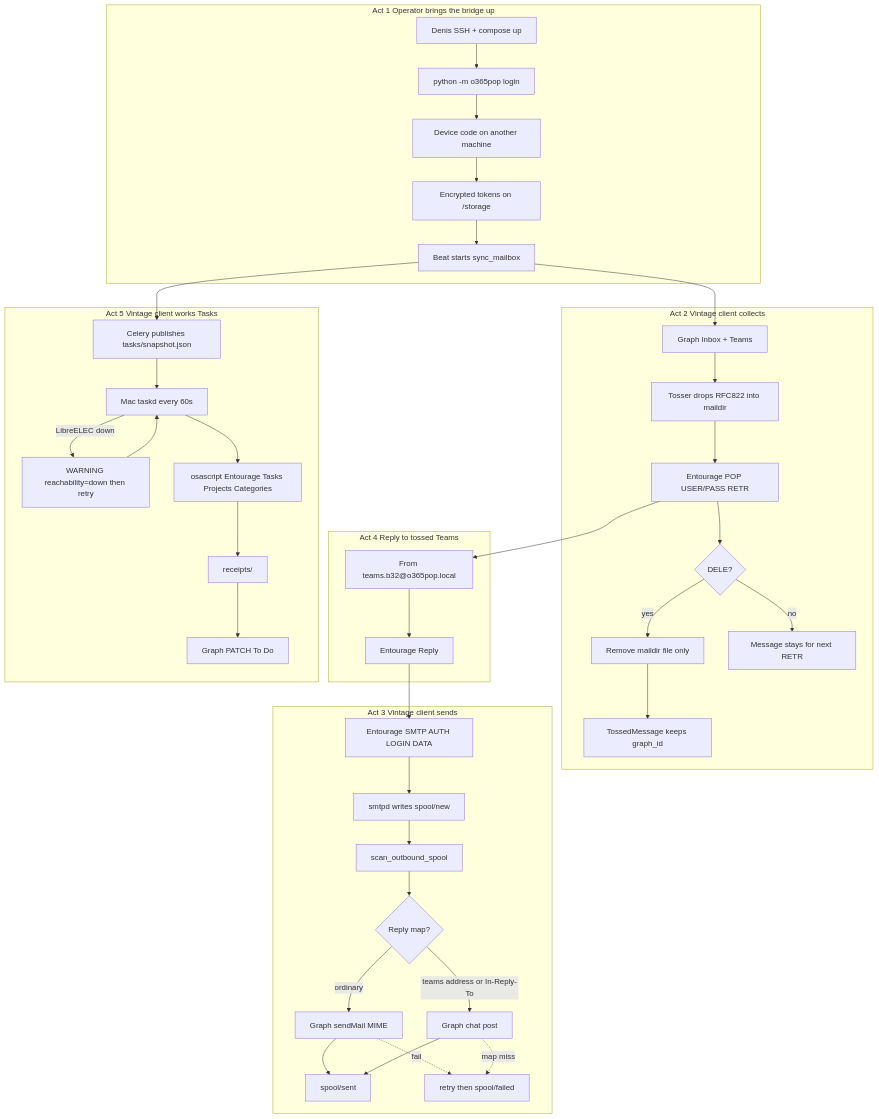
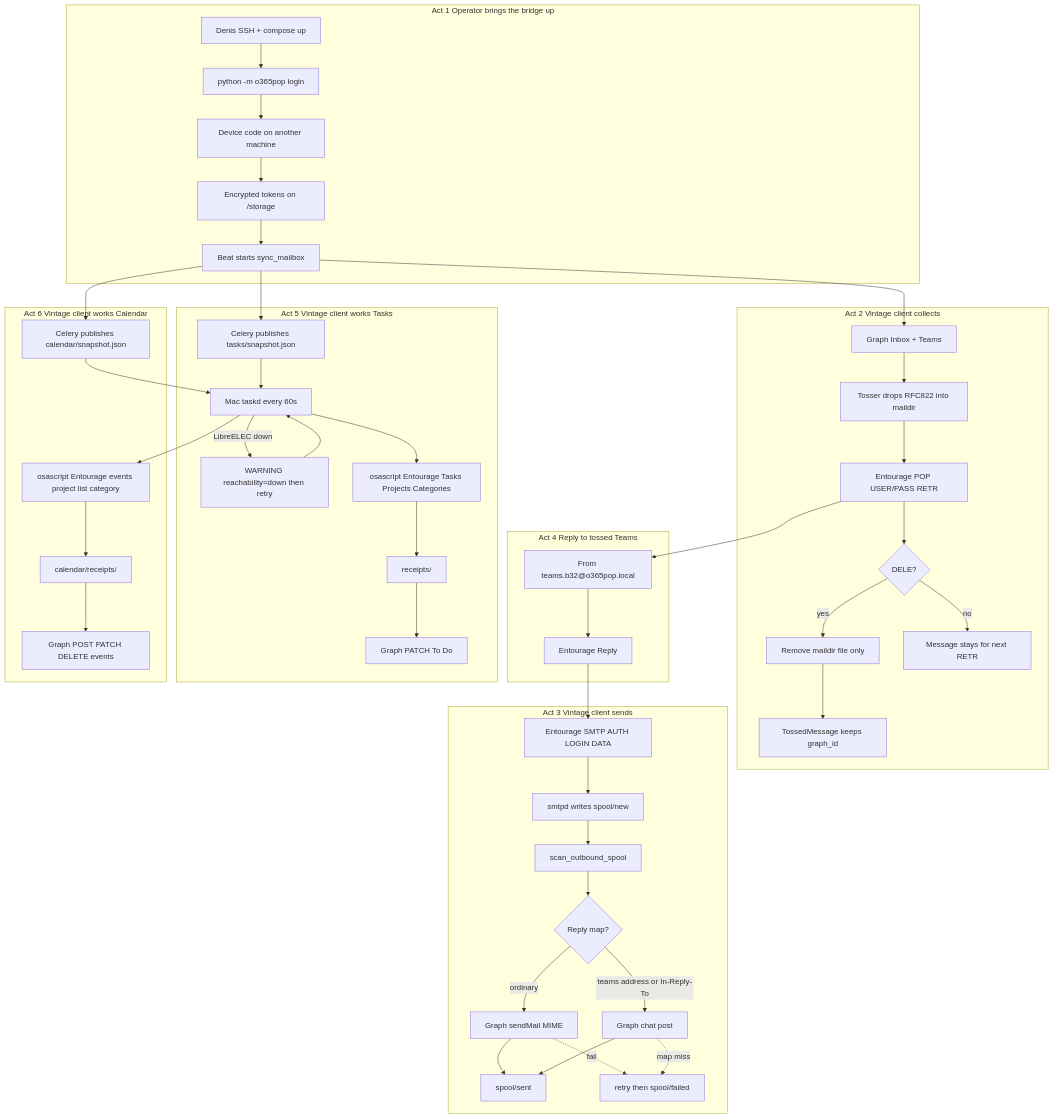
Before and after one commit to petelind/o365pop: the diagram in docs/ux/dialogue-map.md, drawn with Mermaid. The commit also changed 4 other files, not shown here.

````diff
--- a/docs/ux/dialogue-map.md
+++ b/docs/ux/dialogue-map.md
@@ -5,47 +5,55 @@
 ```mermaid
 flowchart TD
   subgraph act1 [Act 1 Operator brings the bridge up]
     A[Denis SSH + compose up] --> B["python -m o365pop login"]
     B --> C[Device code on another machine]
     C --> D[Encrypted tokens on /storage]
     D --> E[Beat starts sync_mailbox]
   end
 
   subgraph act2 [Act 2 Vintage client collects]
     E --> F[Graph Inbox + Teams]
     F --> G[Tosser drops RFC822 into maildir]
     G --> H[Entourage POP USER/PASS RETR]
     H --> I{DELE?}
     I -->|yes| J[Remove maildir file only]
     I -->|no| K[Message stays for next RETR]
     J --> L[TossedMessage keeps graph_id]
   end
 
   subgraph act3 [Act 3 Vintage client sends]
     M[Entourage SMTP AUTH LOGIN DATA] --> N[smtpd writes spool/new]
     N --> O[scan_outbound_spool]
     O --> P{Reply map?}
     P -->|ordinary| Q[Graph sendMail MIME]
     P -->|teams address or In-Reply-To| R[Graph chat post]
     Q --> S[spool/sent]
     R --> S
     Q -.->|fail| T[retry then spool/failed]
     R -.->|map miss| T
   end
 
   subgraph act4 [Act 4 Reply to tossed Teams]
     H --> U[From teams.b32@o365pop.local]
     U --> V[Entourage Reply]
     V --> M
   end
 
   subgraph act5 [Act 5 Vintage client works Tasks]
     E --> TS[Celery publishes tasks/snapshot.json]
     TS --> TD[Mac taskd every 60s]
     TD -->|LibreELEC down| WAIT[WARNING reachability=down then retry]
     WAIT --> TD
     TD --> AS[osascript Entourage Tasks Projects Categories]
     AS --> RC[receipts/]
     RC --> GP[Graph PATCH To Do]
   end
+
+  subgraph act6 [Act 6 Vintage client works Calendar]
+    E --> CS[Celery publishes calendar/snapshot.json]
+    CS --> TD
+    TD --> AE[osascript Entourage events project list category]
+    AE --> CR[calendar/receipts/]
+    CR --> GE[Graph POST PATCH DELETE events]
+  end
 ```
````
